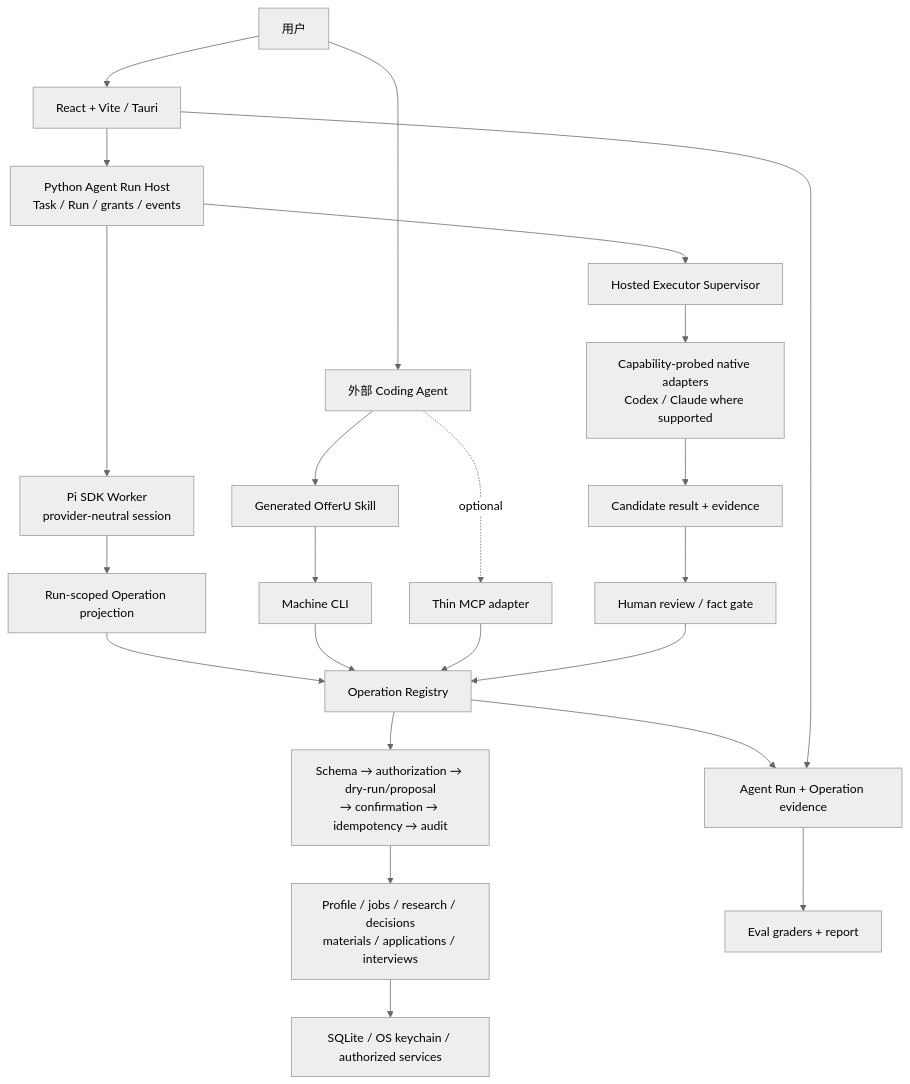
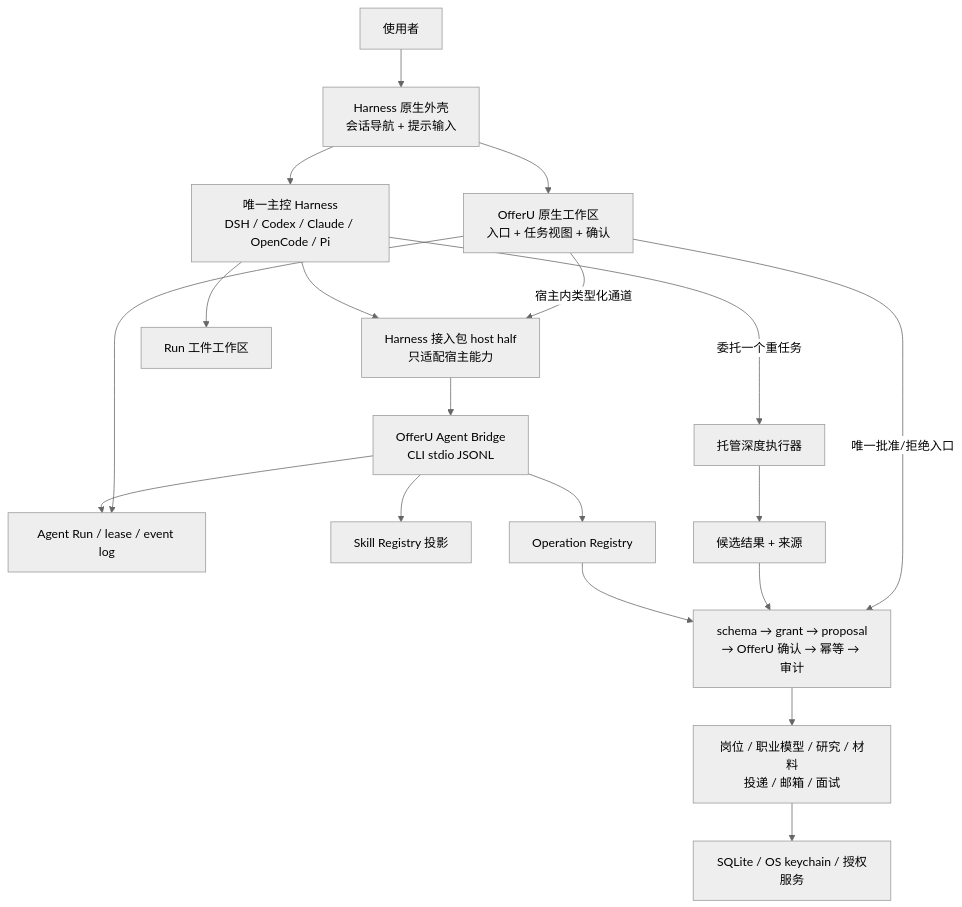
The diagram in docs/architecture/agent-system.md (avabbbb/OfferU), drawn with Mermaid (neutral theme) before and after one commit. The commit also changed other lines of this file and 276 other files, not shown here.

First line of the commit message:
feat: 外部 Harness 主控迁移 — 文档账本整合 + Agent Bridge Slice 0/1

````diff
--- a/docs/architecture/agent-system.md
+++ b/docs/architecture/agent-system.md
@@ -22,31 +15,26 @@
 ```mermaid
 flowchart TB
-    USER["用户"] --> UI["React + Vite / Tauri"]
-    USER --> EXT["外部 Coding Agent"]
+    USER["使用者"] --> SHELL["Harness 原生外壳<br/>会话导航 + 提示输入"]
+    SHELL --> HARNESS["唯一主控 Harness<br/>DSH / Codex / Claude / OpenCode / Pi"]
+    SHELL --> UI["OfferU 原生工作区<br/>入口 + 任务视图 + 确认"]
 
-    UI --> HOST["Python Agent Run Host<br/>Task / Run / grants / events"]
-    HOST --> PI["Pi SDK Worker<br/>provider-neutral session"]
-    PI --> PROJECTION["Run-scoped Operation projection"]
+    HARNESS --> HOST["Harness 接入包 host half<br/>只适配宿主能力"]
+    UI -->|"宿主内类型化通道"| HOST
+    HOST --> BRIDGE["OfferU Agent Bridge<br/>CLI stdio JSONL"]
 
-    EXT --> SKILL["Generated OfferU Skill"]
-    SKILL --> CLI["Machine CLI"]
-    EXT -. optional .-> MCP["Thin MCP adapter"]
+    BRIDGE --> RUN["Agent Run / lease / event log"]
+    BRIDGE --> SKILLS["Skill Registry 投影"]
+    BRIDGE --> OPS["Operation Registry"]
 
-    HOST --> SUPERVISOR["Hosted Executor Supervisor"]
-    SUPERVISOR --> ADAPTERS["Capability-probed native adapters<br/>Codex / Claude where supported"]
-    ADAPTERS --> CANDIDATE["Candidate result + evidence"]
+    OPS --> GATE["schema → grant → proposal<br/>→ OfferU 确认 → 幂等 → 审计"]
+    GATE --> DOMAIN["岗位 / 职业模型 / 研究 / 材料<br/>投递 / 邮箱 / 面试"]
+    DOMAIN --> DATA["SQLite / OS keychain / 授权服务"]
 
-    PROJECTION --> OPS["Operation Registry"]
-    CLI --> OPS
-    MCP --> OPS
-    CANDIDATE --> REVIEW["Human review / fact gate"]
-    REVIEW --> OPS
+    HARNESS --> ARTIFACTS["Run 工件工作区"]
+    HARNESS -->|委托一个重任务| EXEC["托管深度执行器"]
+    EXEC --> CANDIDATE["候选结果 + 来源"]
+    CANDIDATE --> GATE
 
-    OPS --> GUARD["Schema → authorization → dry-run/proposal<br/>→ confirmation → idempotency → audit"]
-    GUARD --> DOMAIN["Profile / jobs / research / decisions<br/>materials / applications / interviews"]
-    DOMAIN --> DATA["SQLite / OS keychain / authorized services"]
-
-    OPS --> TRACE["Agent Run + Operation evidence"]
-    UI --> TRACE
-    TRACE --> EVAL["Eval graders + report"]
+    UI --> RUN
+    UI -->|"唯一批准/拒绝入口"| GATE
 ```
````
